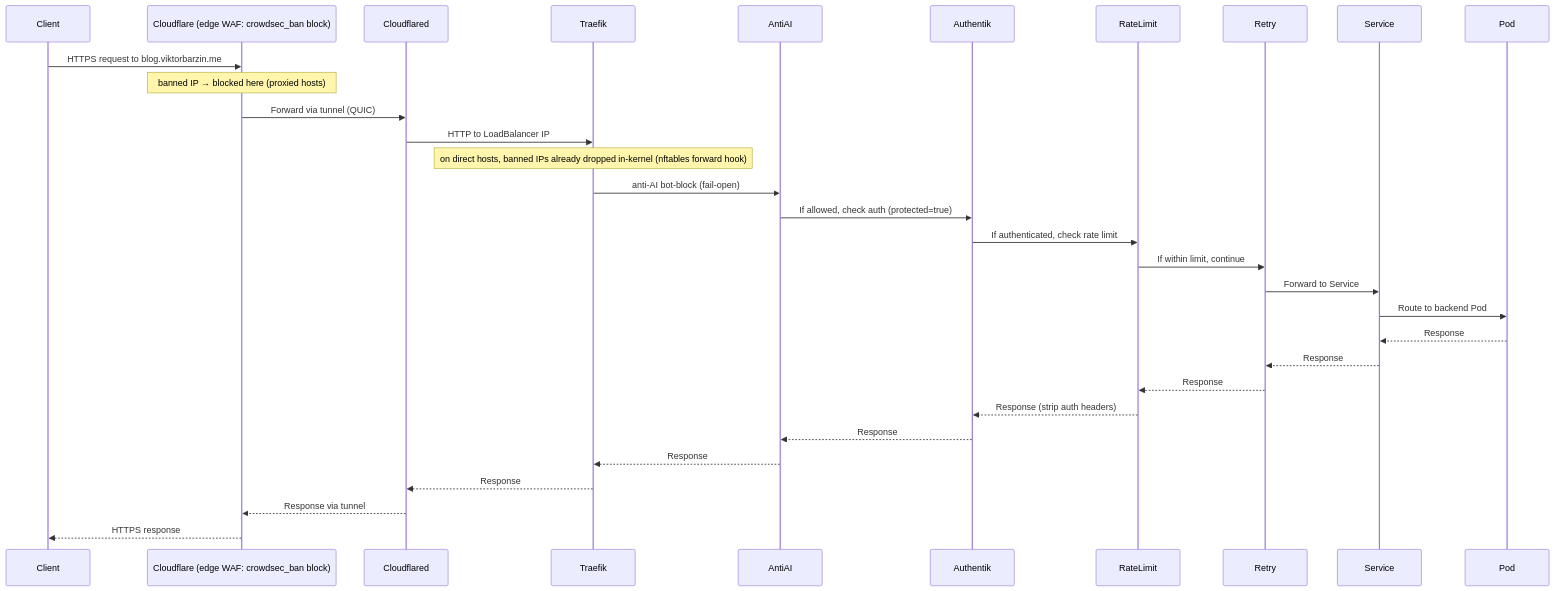
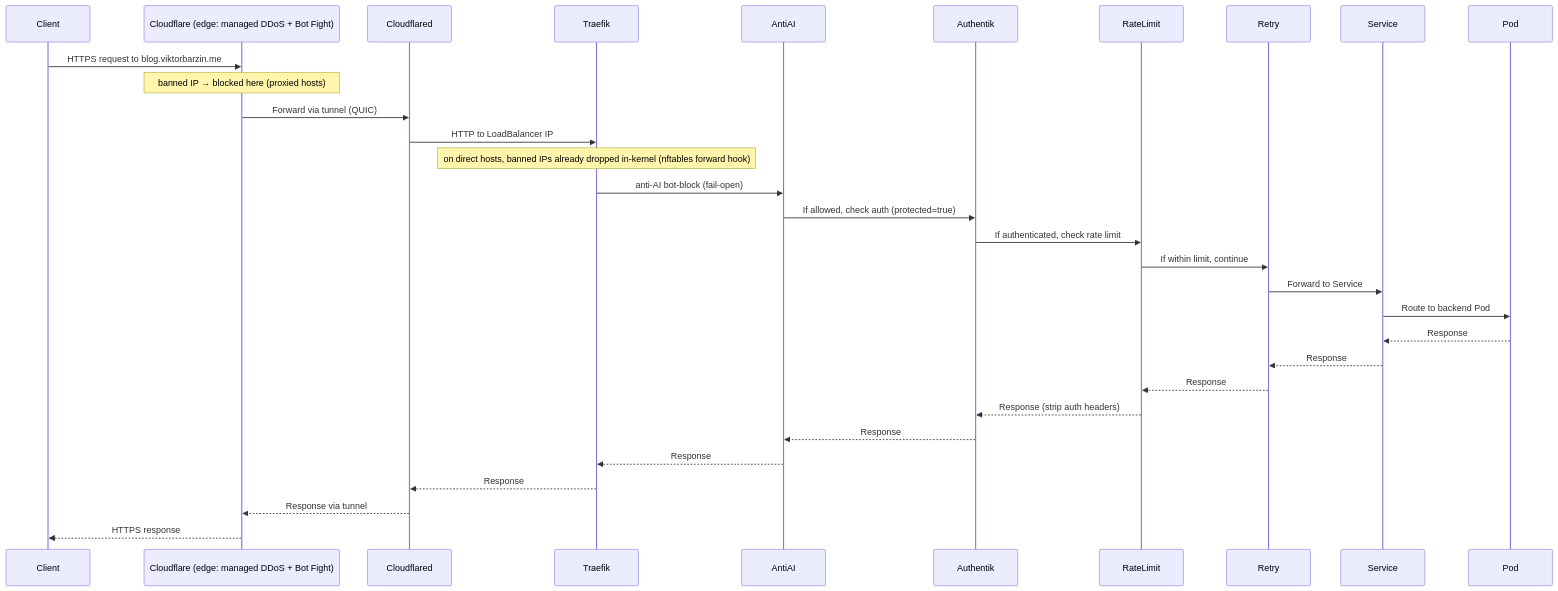
The third of 3 diagrams in docs/architecture/networking.md (ViktorBarzin/infra), drawn with Mermaid before and after one commit. The commit also changed other lines of this file and 5 other files, not shown here.

````diff
--- a/docs/architecture/networking.md
+++ b/docs/architecture/networking.md
@@ -286,34 +286,34 @@
 ```mermaid
 sequenceDiagram
     participant Client
-    participant CFedge as Cloudflare (edge WAF: crowdsec_ban block)
+    participant CFedge as Cloudflare (edge: managed DDoS + Bot Fight)
     participant Cloudflared
     participant Traefik
     participant AntiAI
     participant Authentik
     participant RateLimit
     participant Retry
     participant Service
     participant Pod
 
     Client->>CFedge: HTTPS request to blog.viktorbarzin.me
     Note over CFedge: banned IP → blocked here (proxied hosts)
     CFedge->>Cloudflared: Forward via tunnel (QUIC)
     Cloudflared->>Traefik: HTTP to LoadBalancer IP
     Note over Traefik: on direct hosts, banned IPs already dropped in-kernel (nftables forward hook)
     Traefik->>AntiAI: anti-AI bot-block (fail-open)
     AntiAI->>Authentik: If allowed, check auth (protected=true)
     Authentik->>RateLimit: If authenticated, check rate limit
     RateLimit->>Retry: If within limit, continue
     Retry->>Service: Forward to Service
     Service->>Pod: Route to backend Pod
     Pod-->>Service: Response
     Service-->>Retry: Response
     Retry-->>RateLimit: Response
     RateLimit-->>Authentik: Response (strip auth headers)
     Authentik-->>AntiAI: Response
     AntiAI-->>Traefik: Response
     Traefik-->>Cloudflared: Response
     Cloudflared-->>CFedge: Response via tunnel
     CFedge-->>Client: HTTPS response
 ```
````
